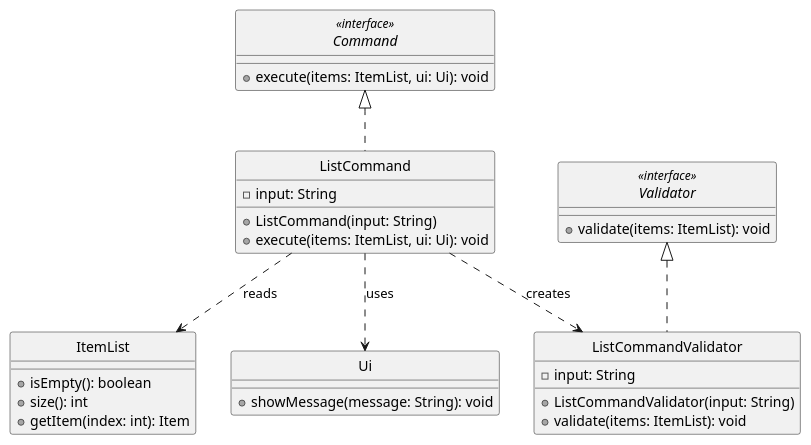
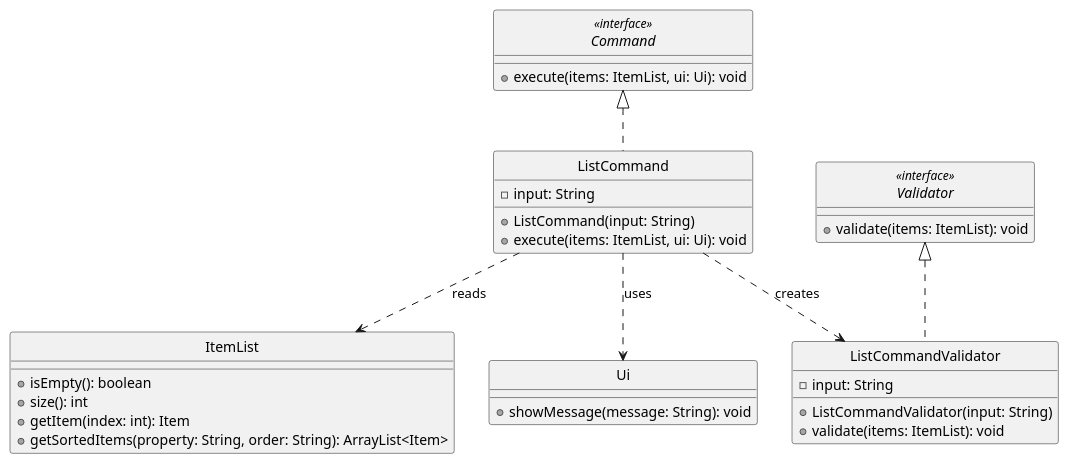
The diagram in docs/diagrams/ListCommandClassDiagram.puml (adbsw/tp), drawn with PlantUML before and after one commit. The commit also changed 6 other files, not shown here.

```diff
--- a/docs/diagrams/ListCommandClassDiagram.puml
+++ b/docs/diagrams/ListCommandClassDiagram.puml
@@ -1,43 +1,44 @@
 @startuml
 skinparam monochrome true
 skinparam shadowing false
 hide circle
 
 interface Command <<interface>> {
     + execute(items: ItemList, ui: Ui): void
 }
 
 class ListCommand {
     - input: String
     + ListCommand(input: String)
     + execute(items: ItemList, ui: Ui): void
 }
 
 interface Validator <<interface>> {
     + validate(items: ItemList): void
 }
 
 class ListCommandValidator {
     - input: String
     + ListCommandValidator(input: String)
     + validate(items: ItemList): void
 }
 
 class ItemList {
     + isEmpty(): boolean
     + size(): int
     + getItem(index: int): Item
+    + getSortedItems(property: String, order: String): ArrayList<Item>
 }
 
 class Ui {
     + showMessage(message: String): void
 }
 
 Command <|.. ListCommand
 Validator <|.. ListCommandValidator
 
 ListCommand ..> ListCommandValidator : creates
 ListCommand ..> ItemList : reads
 ListCommand ..> Ui : uses
 
 @enduml
```
